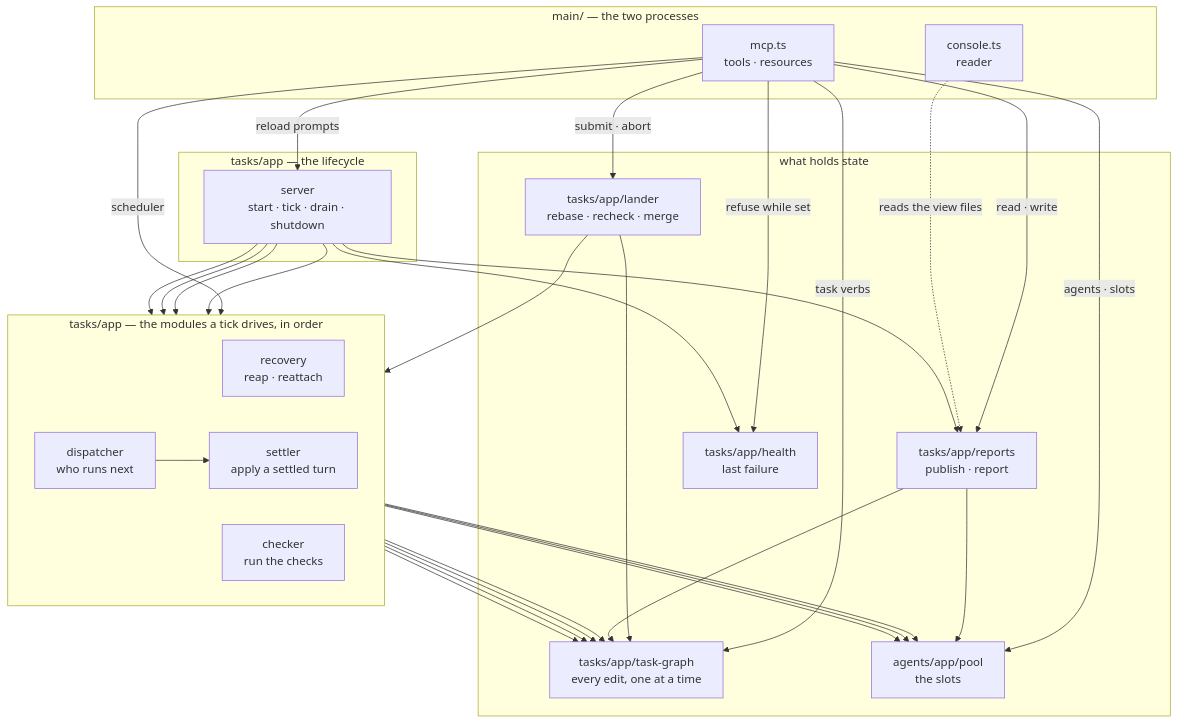
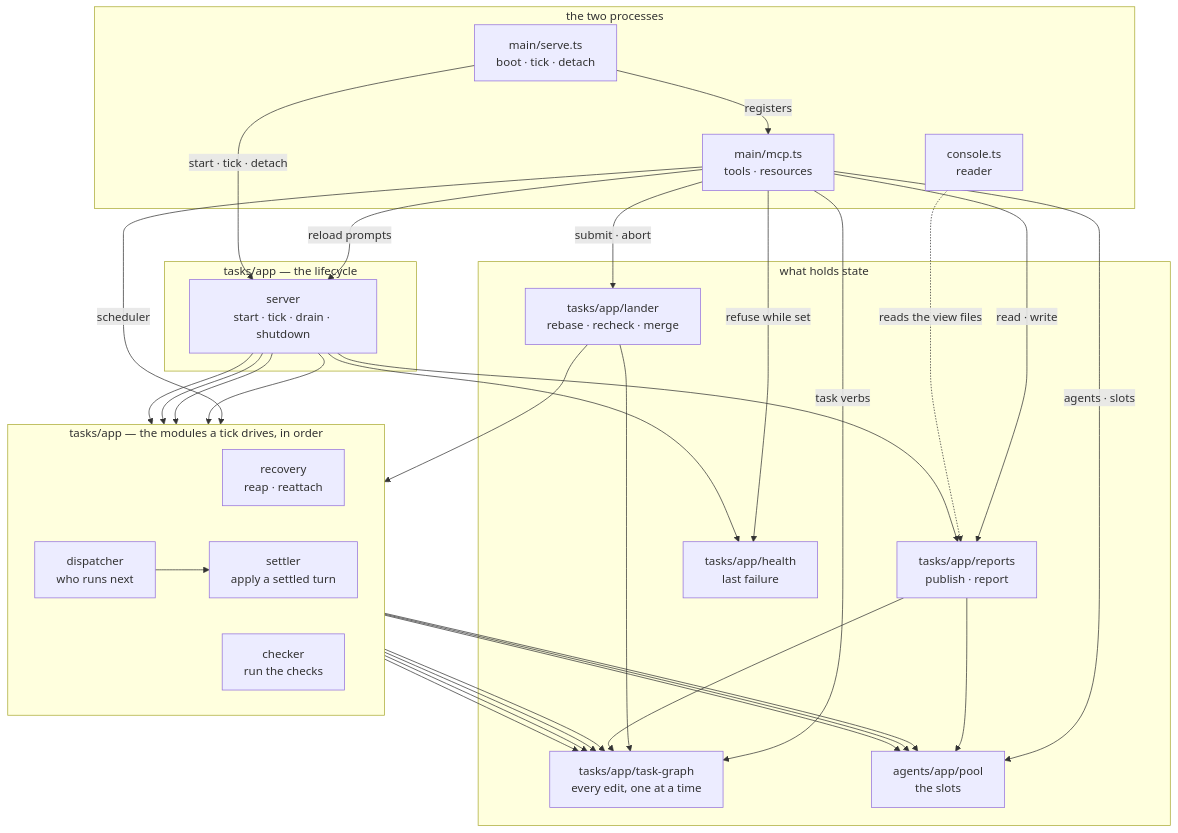
Before and after one commit to Pyrolistical/task-graph-template: the second of 2 diagrams in docs/architecture.md, drawn with Mermaid. The commit also changed other lines of this file and 7 other files, not shown here.

Commit message:
the server process is a slice module, not a root script: main/mcp.ts registers, main/serve.ts lives

````diff
--- a/docs/architecture.md
+++ b/docs/architecture.md
@@ -135,56 +135,59 @@
 ```mermaid
 flowchart TB
-  subgraph procs["main/ — the two processes"]
-    mcpTs["mcp.ts<br/>tools · resources"]
+  subgraph procs["the two processes"]
+    serveTs["main/serve.ts<br/>boot · tick · detach"]
+    mcpTs["main/mcp.ts<br/>tools · resources"]
     consoleTs["console.ts<br/>reader"]
   end
 
   subgraph life["tasks/app — the lifecycle"]
     server["server<br/>start · tick · drain · shutdown"]
   end
 
   subgraph ticked["tasks/app — the modules a tick drives, in order"]
     direction LR
     recovery["recovery<br/>reap · reattach"]
     checker["checker<br/>run the checks"]
     settler["settler<br/>apply a settled turn"]
     dispatcher["dispatcher<br/>who runs next"]
   end
 
   subgraph held["what holds state"]
     taskGraph["tasks/app/task-graph<br/>every edit, one at a time"]
     pool["agents/app/pool<br/>the slots"]
     lander["tasks/app/lander<br/>rebase · recheck · merge"]
     reports["tasks/app/reports<br/>publish · report"]
     health["tasks/app/health<br/>last failure"]
   end
 
   mcpTs -->|task verbs| taskGraph
   mcpTs -->|submit · abort| lander
   mcpTs -->|agents · slots| pool
   mcpTs -->|scheduler| dispatcher
   mcpTs -->|read · write| reports
   mcpTs -->|refuse while set| health
   mcpTs -->|reload prompts| server
+  serveTs -->|registers| mcpTs
+  serveTs -->|start · tick · detach| server
   consoleTs -.->|reads the view files| reports
 
   server --> recovery
   server --> checker
   server --> settler
   server --> dispatcher
   server --> reports
   server --> health
 
   dispatcher --> settler
   settler --> pool
   settler --> taskGraph
   dispatcher --> pool
   dispatcher --> taskGraph
   checker --> taskGraph
   recovery --> pool
   recovery --> taskGraph
   lander --> checker
   lander --> taskGraph
   reports --> taskGraph
   reports --> pool
 ```
````
